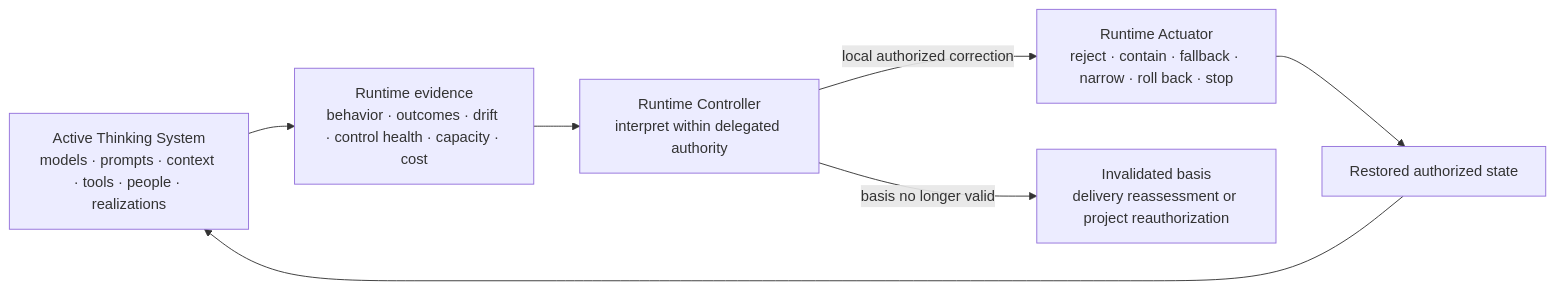
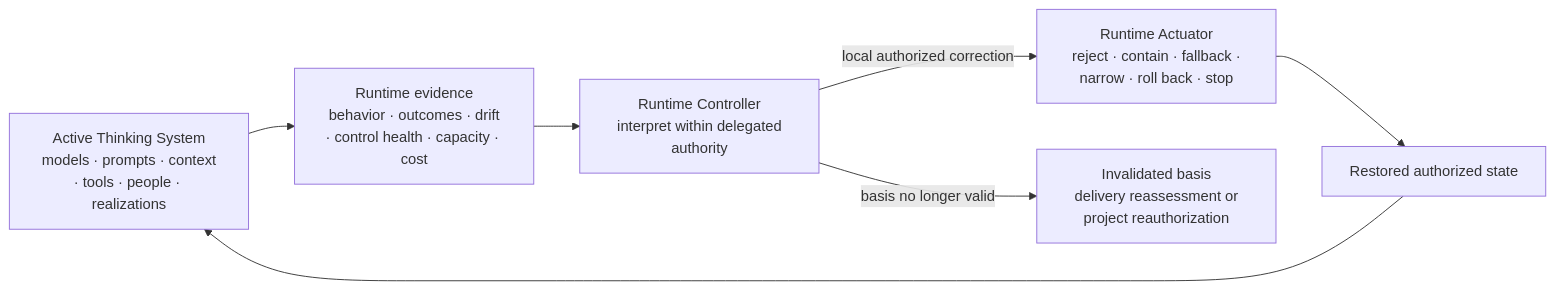
Before and after one commit to UncertaintyArchitectureGroup/uncertainty-architecture: diagram 13 of 14 in content/research/notes/open-engineering-specification-article-draft.md, drawn with Mermaid. The commit also changed other lines of this file, not shown here.

Commit message:
fix(research): stabilize Mermaid rendering

````diff
--- a/content/research/notes/open-engineering-specification-article-draft.md
+++ b/content/research/notes/open-engineering-specification-article-draft.md
@@ -621,13 +626,13 @@
 ```mermaid
 flowchart LR
-    SYS["Active Thinking System<br/>models · prompts · context · tools · people · realizations"]
-    OBS["Runtime evidence<br/>behavior · outcomes · drift · control health · capacity · cost"]
-    CTRL["Runtime Controller<br/>interpret within delegated authority"]
-    ACT["Runtime Actuator<br/>reject · contain · fallback · narrow · roll back · stop"]
+    SYS["Active Thinking System<br/> models · prompts · context · tools · people · realizations"]
+    OBS["Runtime evidence<br/> behavior · outcomes · drift · control health · capacity · cost"]
+    CTRL["Runtime Controller<br/> interpret within delegated authority"]
+    ACT["Runtime Actuator<br/> reject · contain · fallback · narrow · roll back · stop"]
     REST["Restored authorized state"]
-    ESC["Invalidated basis<br/>delivery reassessment or project reauthorization"]
+    ESC["Invalidated basis<br/> delivery reassessment or project reauthorization"]
 
     SYS --> OBS --> CTRL
     CTRL -->|local authorized correction| ACT --> REST --> SYS
     CTRL -->|basis no longer valid| ESC
 ```
````
